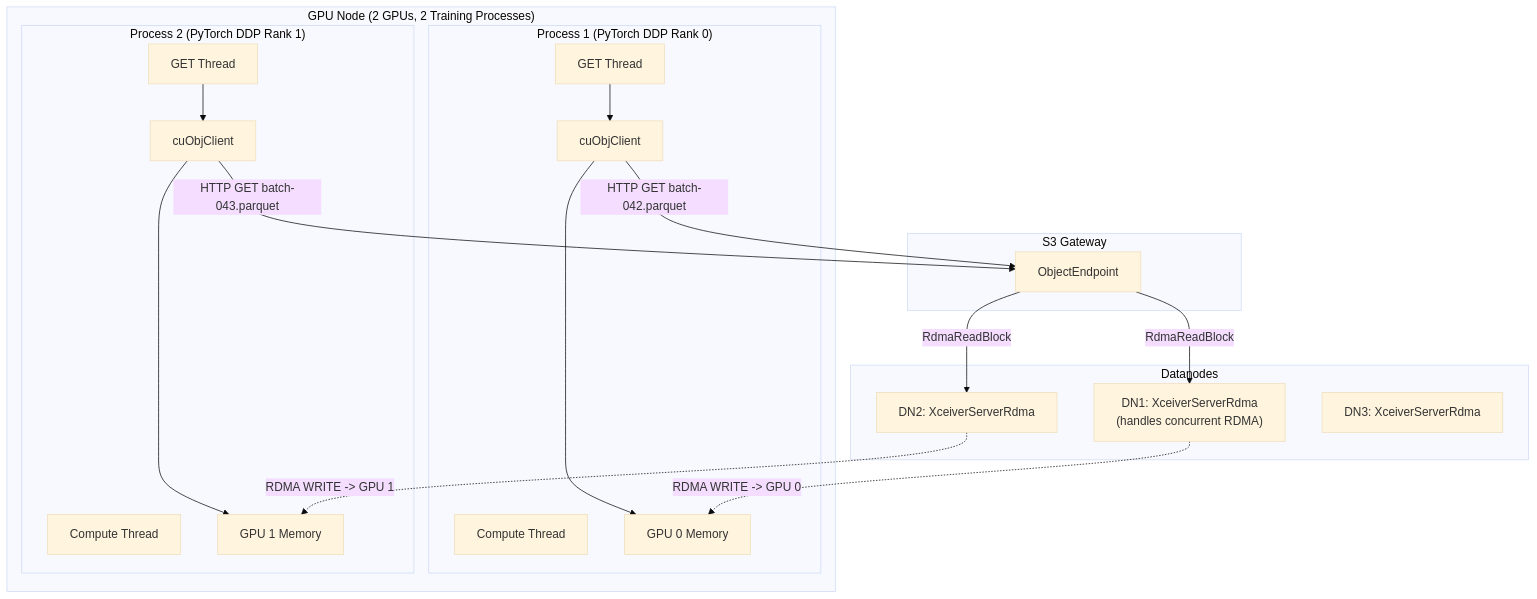
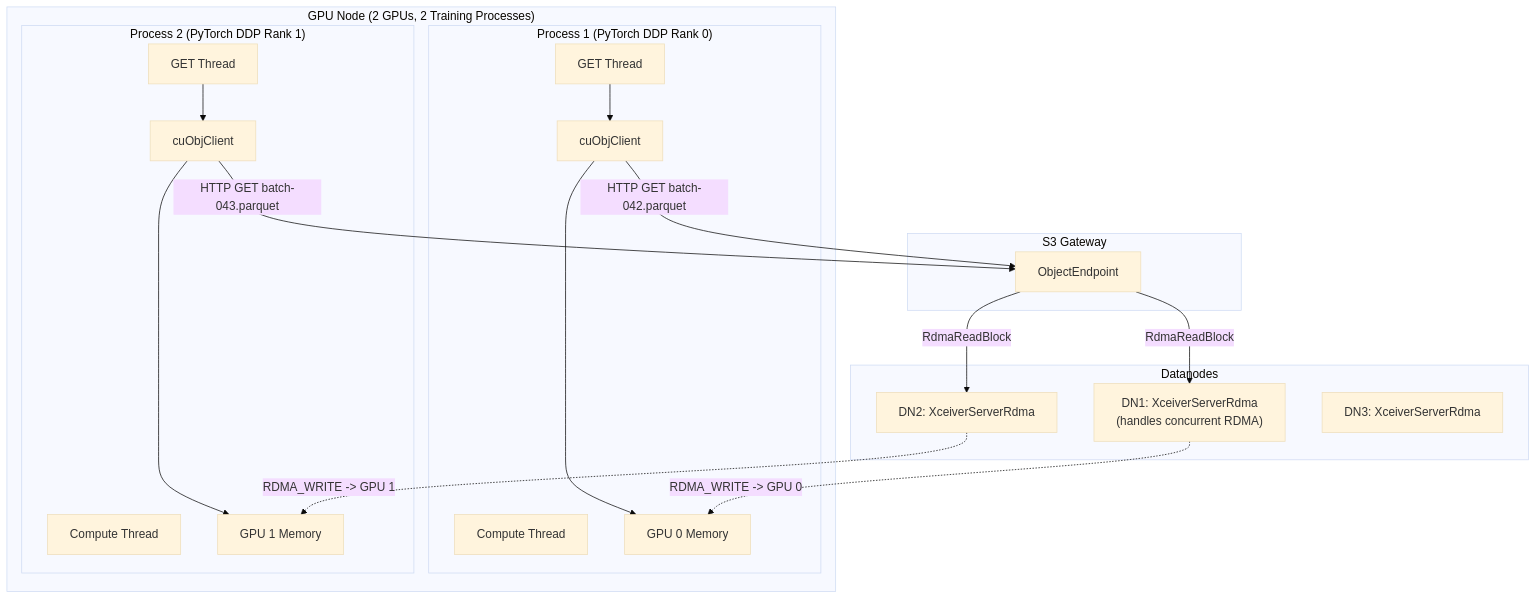
Diagram 11 of 17 in docs/gds-dn-direct-rdma-implementation-spec.md (ptlrs/ozone), drawn with Mermaid (base theme) before and after one commit. The commit also changed other lines of this file, not shown here.

Commit message:
GPUDIRECT. Update GPUDirect Storage spec to version 3.0 with phased S3 GET RDMA integration details

````diff
--- a/docs/gds-dn-direct-rdma-implementation-spec.md
+++ b/docs/gds-dn-direct-rdma-implementation-spec.md
@@ -736,37 +774,37 @@
 ```mermaid
 flowchart TB
   subgraph GPU_Node["GPU Node (2 GPUs, 2 Training Processes)"]
     subgraph Proc1["Process 1 (PyTorch DDP Rank 0)"]
       P1_Thread1["GET Thread"]
       P1_Thread2["Compute Thread"]
       P1_cuObj["cuObjClient"]
       P1_GPU["GPU 0 Memory"]
       P1_Thread1 --> P1_cuObj --> P1_GPU
     end
 
     subgraph Proc2["Process 2 (PyTorch DDP Rank 1)"]
       P2_Thread1["GET Thread"]
       P2_Thread2["Compute Thread"]
       P2_cuObj["cuObjClient"]
       P2_GPU["GPU 1 Memory"]
       P2_Thread1 --> P2_cuObj --> P2_GPU
     end
   end
 
   subgraph S3GW["S3 Gateway"]
     GW["ObjectEndpoint"]
   end
 
   subgraph DNs["Datanodes"]
     DN1["DN1: XceiverServerRdma<br/>(handles concurrent RDMA)"]
     DN2["DN2: XceiverServerRdma"]
     DN3["DN3: XceiverServerRdma"]
   end
 
   P1_cuObj -->|" HTTP GET batch-042.parquet "| GW
   P2_cuObj -->|" HTTP GET batch-043.parquet "| GW
   GW -->|" RdmaReadBlock "| DN1
   GW -->|" RdmaReadBlock "| DN2
-  DN1 -.->|" RDMA WRITE -> GPU 0 "| P1_GPU
-  DN2 -.->|" RDMA WRITE -> GPU 1 "| P2_GPU
+  DN1 -.->|" RDMA_WRITE -> GPU 0 "| P1_GPU
+  DN2 -.->|" RDMA_WRITE -> GPU 1 "| P2_GPU
 ```
````
